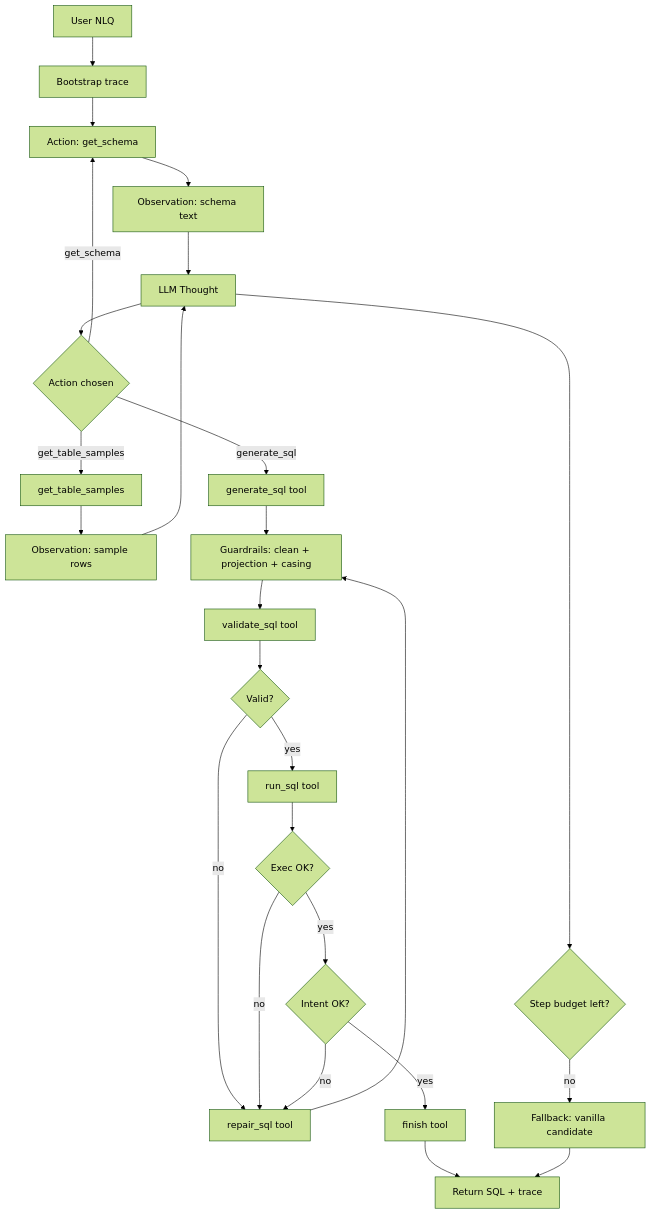
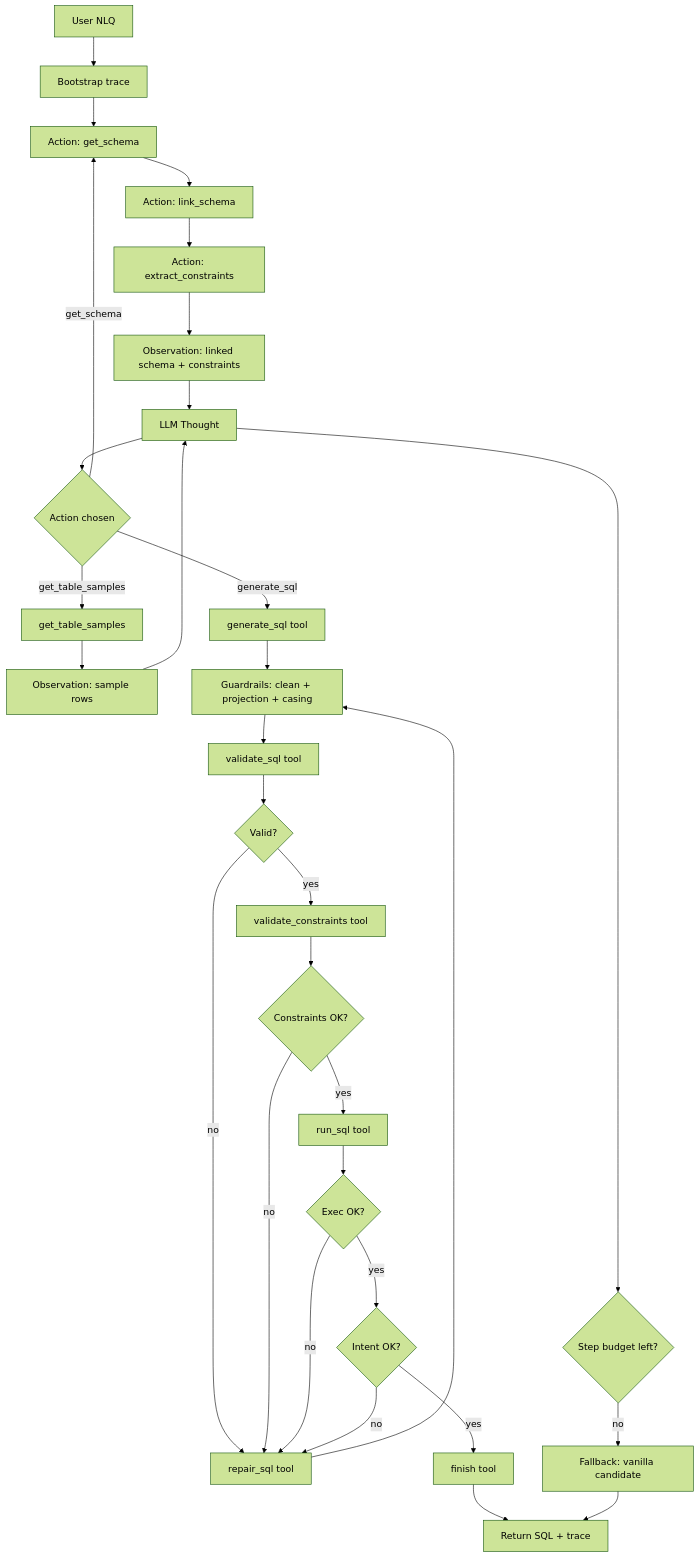
The first of 6 diagrams in 7_REACT_DIAGRAMS.md (MacKenzieOBrian/NLtoSQL), drawn with Mermaid (forest theme) before and after one commit. The commit also changed other lines of this file and 6 other files, not shown here.

Commit message:
Phase 7: document the tool-driven milestone with diagrams and viva notes

````diff
--- a/7_REACT_DIAGRAMS.md
+++ b/7_REACT_DIAGRAMS.md
@@ -9,34 +11,39 @@
 ```mermaid
 flowchart TD
   A[User NLQ] --> B[Bootstrap trace]
   B --> B1[Action: get_schema]
-  B1 --> B2[Observation: schema text]
+  B1 --> LS[Action: link_schema]
+  LS --> EC[Action: extract_constraints]
+  EC --> B2[Observation: linked schema + constraints]
   B2 --> C[LLM Thought]
 
   C --> D{Action chosen}
   D -->|get_table_samples| S[get_table_samples]
   S --> S1[Observation: sample rows]
   S1 --> C
 
   D -->|get_schema| B1
 
   D -->|generate_sql| G[generate_sql tool]
   G --> H[Guardrails: clean + projection + casing]
   H --> V[validate_sql tool]
   V --> VQ{Valid?}
   VQ -->|no| R[repair_sql tool]
   R --> H
 
-  VQ -->|yes| X[run_sql tool]
+  VQ -->|yes| VC[validate_constraints tool]
+  VC --> VCQ{Constraints OK?}
+  VCQ -->|no| R
+  VCQ -->|yes| X[run_sql tool]
   X --> XQ{Exec OK?}
   XQ -->|no| R
   XQ -->|yes| I{Intent OK?}
   I -->|no| R
   I -->|yes| F[finish tool]
 
   F --> Z[Return SQL + trace]
 
   C --> SB{Step budget left?}
   SB -->|no| FB[Fallback: vanilla candidate]
   FB --> Z
 ```
````
